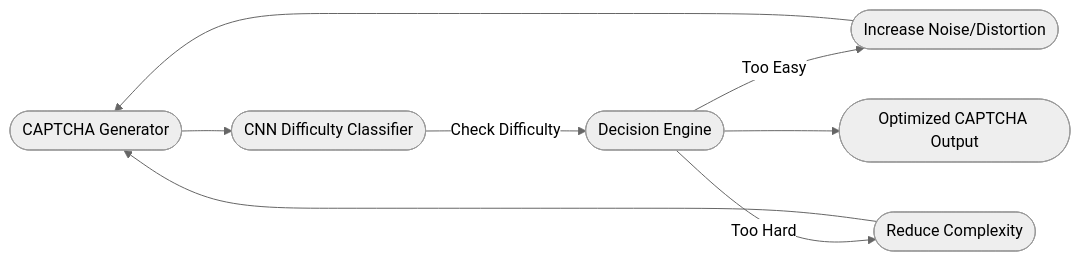
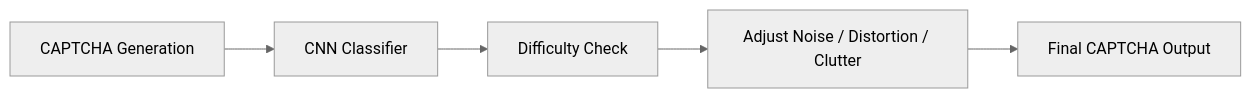
Before and after one commit to sanyam-katoch10/ML-CAPTCHA-Refinement: the diagram in README.md, drawn with Mermaid (neutral theme). The commit also changed other lines of this file, not shown here.

````diff
--- a/README.md
+++ b/README.md
@@ -77,10 +94,7 @@
 ```mermaid
 flowchart LR
-A([CAPTCHA Generator]) --> B([CNN Difficulty Classifier])
-B -->|Check Difficulty| C([Decision Engine])
-C -->|Too Easy| D([Increase Noise/Distortion])
-C -->|Too Hard| E([Reduce Complexity])
-D --> A
-E --> A
-C --> F([Optimized CAPTCHA Output])
+A[CAPTCHA Generation] --> B[CNN Classifier]
+B --> C[Difficulty Check]
+C --> D[Adjust Noise / Distortion / Clutter]
+D --> E[Final CAPTCHA Output]
 ```
````
